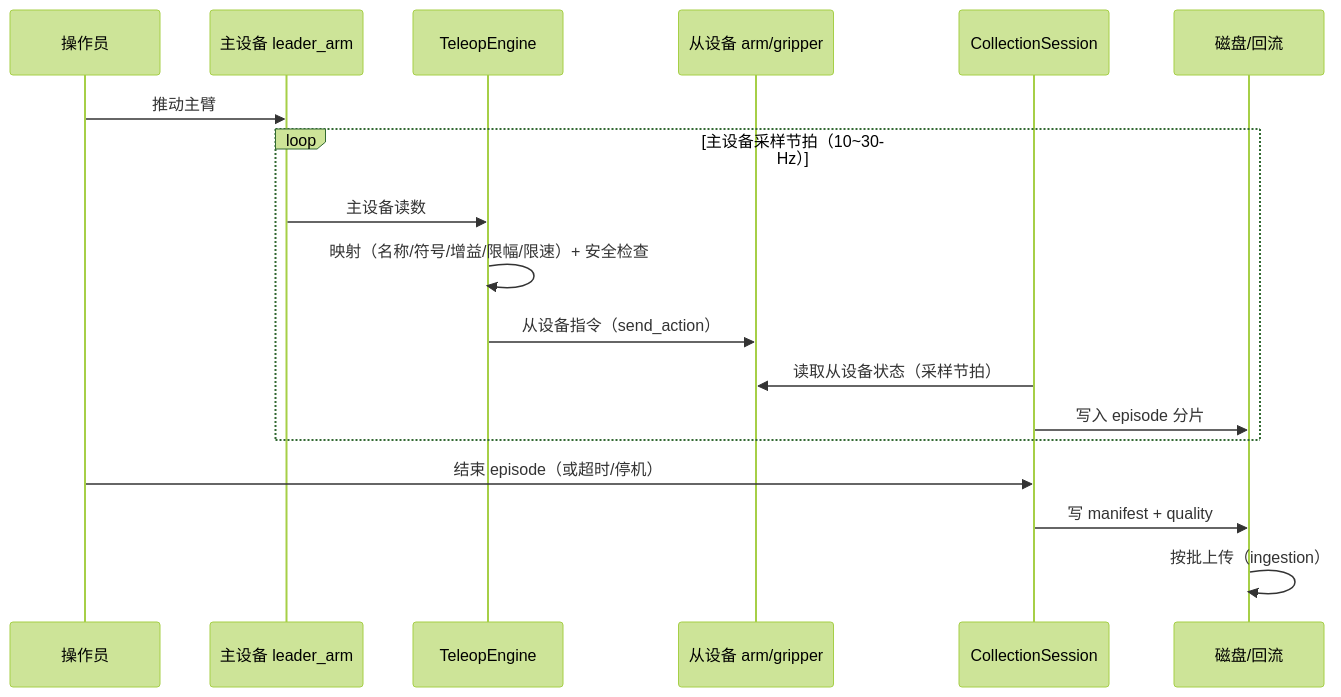
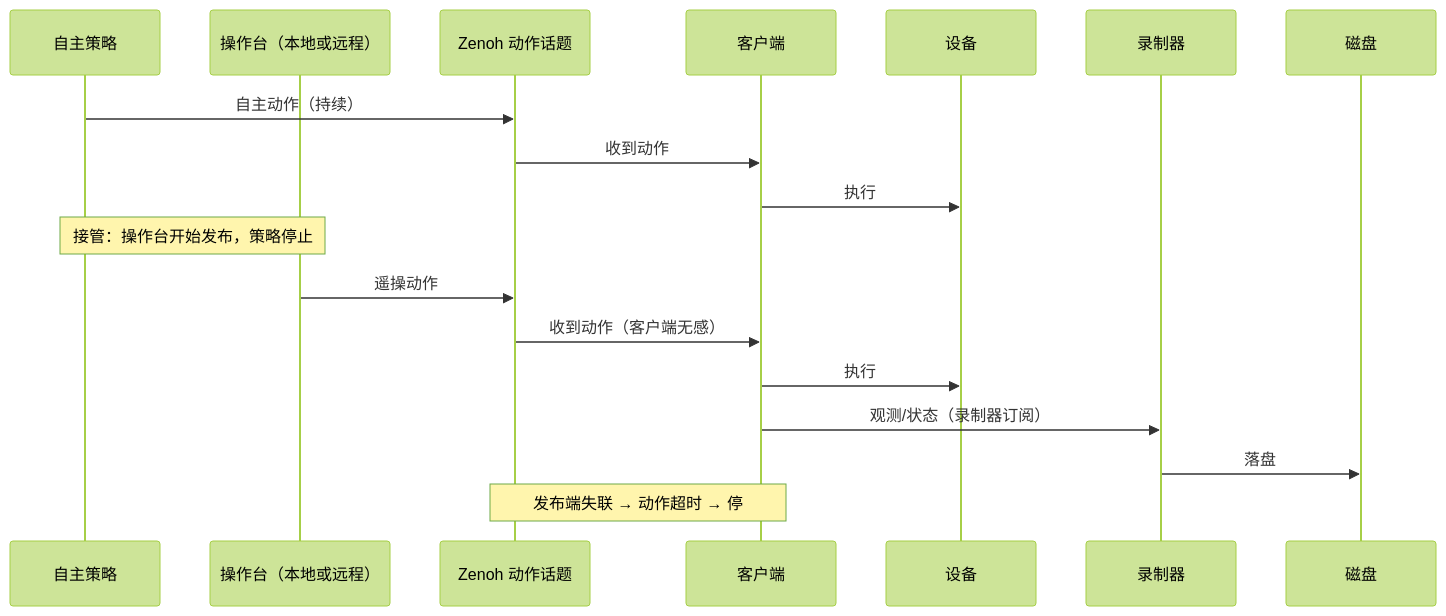
One commit to vincentguiling/cloudrobo-sdk-client changed the diagram in docs/design/r2c-teleop-data-collection-design.md. Above: the diagram before and after it, drawn with Mermaid (forest theme). The commit also changed other lines of this file, not shown here.

````diff
--- a/docs/design/r2c-teleop-data-collection-design.md
+++ b/docs/design/r2c-teleop-data-collection-design.md
@@ -183,21 +120,21 @@
 ```mermaid
 sequenceDiagram
-    participant O as 操作员
-    participant L as 主设备 leader_arm
-    participant T as TeleopEngine
-    participant F as 从设备 arm/gripper
-    participant C as CollectionSession
-    participant D as 磁盘/回流
+    participant P as 自主策略
+    participant O as 操作台（本地或远程）
+    participant Z as Zenoh 动作话题
+    participant C as 客户端
+    participant F as 设备
+    participant R as 录制器
+    participant D as 磁盘
 
-    O->>L: 推动主臂
-    loop 主设备采样节拍（10~30Hz）
-        L->>T: 主设备读数
-        T->>T: 映射（名称/符号/增益/限幅/限速）+ 安全检查
-        T->>F: 从设备指令（send_action）
-        C->>F: 读取从设备状态（采样节拍）
-        C->>D: 写入 episode 分片
-    end
-    O->>C: 结束 episode（或超时/停机）
-    C->>D: 写 manifest + quality
-    D->>D: 按批上传（ingestion）
+    P->>Z: 自主动作（持续）
+    Z->>C: 收到动作
+    C->>F: 执行
+    Note over P,O: 接管：操作台开始发布，策略停止
+    O->>Z: 遥操动作
+    Z->>C: 收到动作（客户端无感）
+    C->>F: 执行
+    C->>R: 观测/状态（录制器订阅）
+    R->>D: 落盘
+    Note over Z,C: 发布端失联 → 动作超时 → 停
 ```
````
